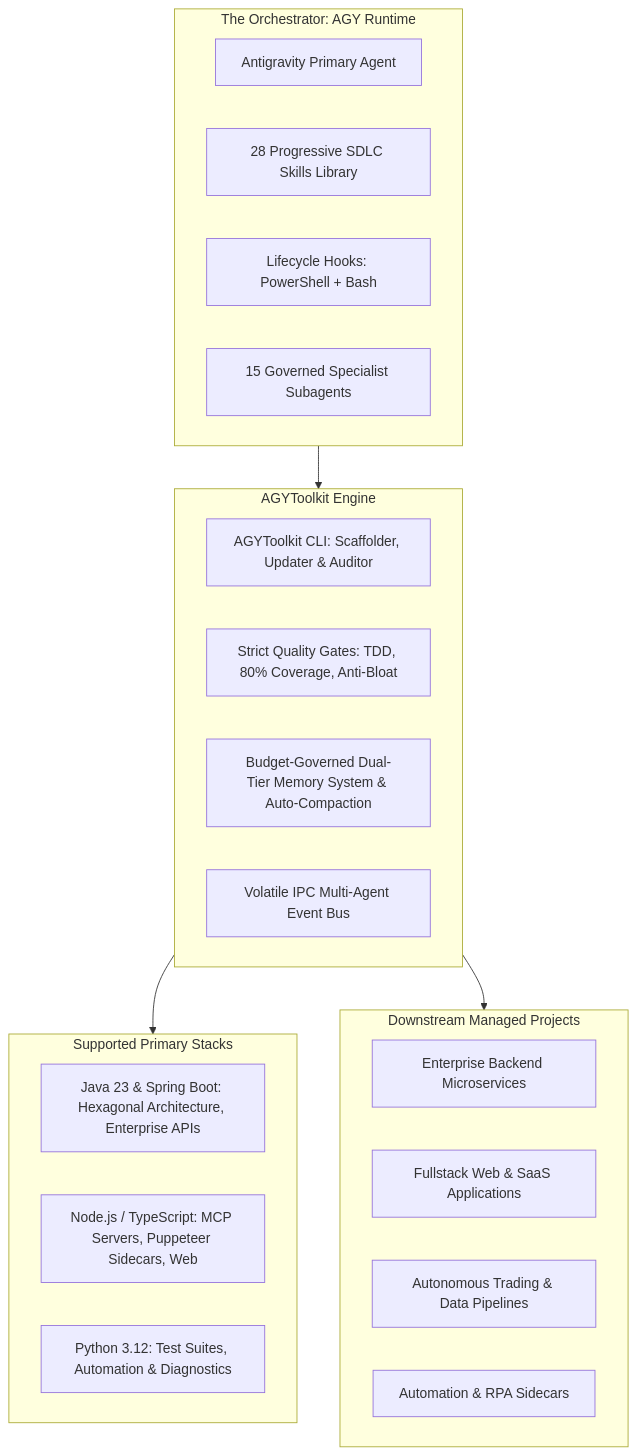
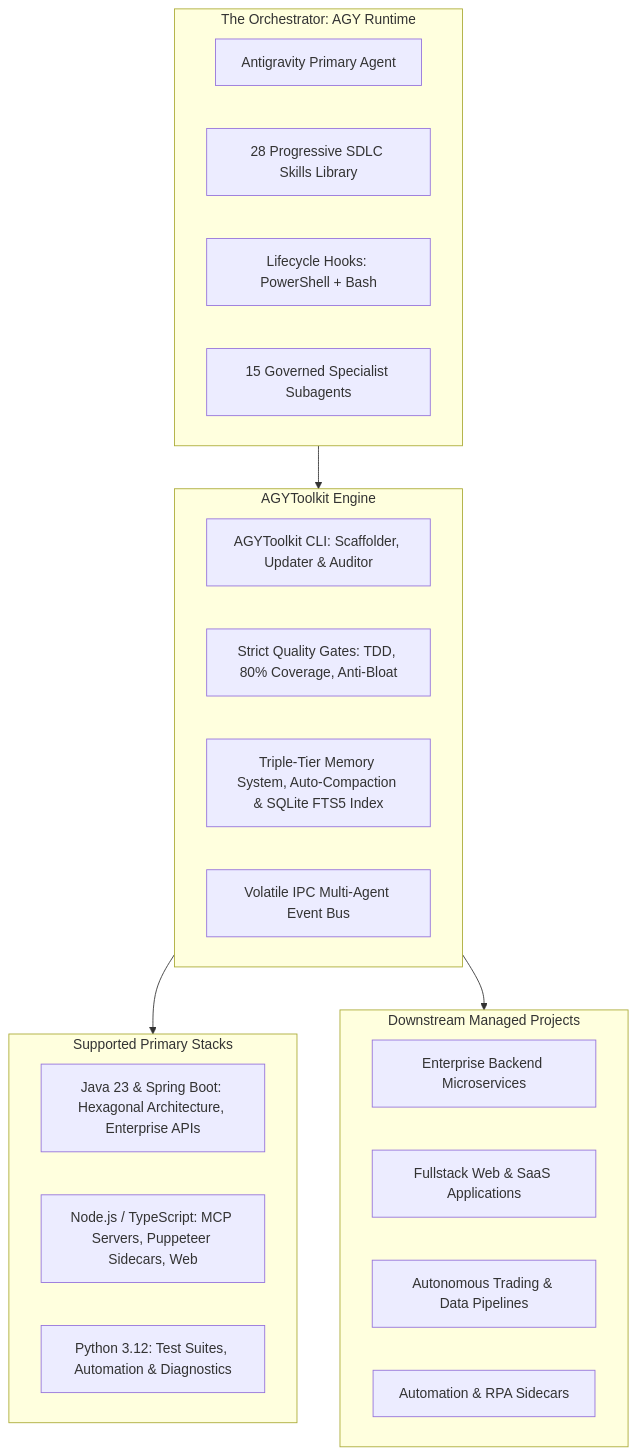
The diagram in README.md (OneEyedDragon1102/AGYToolkit), drawn with Mermaid before and after one commit. The commit also changed other lines of this file and 11 other files, not shown here.

Commit message:
feat(memory): add triple-tier memory with sqlite fts5 long-term knowledge index

````diff
--- a/README.md
+++ b/README.md
@@ -11,33 +11,33 @@
 ```mermaid
 flowchart TD
     subgraph Mind [The Orchestrator: AGY Runtime]
         Agent[Antigravity Primary Agent]
         Skills[28 Progressive SDLC Skills Library]
         Hooks[Lifecycle Hooks: PowerShell + Bash]
         Swarm[15 Governed Specialist Subagents]
     end
 
     subgraph FrameworkCore [AGYToolkit Engine]
         CLI[AGYToolkit CLI: Scaffolder, Updater & Auditor]
         Gates[Strict Quality Gates: TDD, 80% Coverage, Anti-Bloat]
-        Memory[Budget-Governed Dual-Tier Memory System & Auto-Compaction]
+        Memory[Triple-Tier Memory System, Auto-Compaction & SQLite FTS5 Index]
         Bus[Volatile IPC Multi-Agent Event Bus]
     end
 
     subgraph TechStacks [Supported Primary Stacks]
         JavaStack[Java 23 & Spring Boot: Hexagonal Architecture, Enterprise APIs]
         NodeStack[Node.js / TypeScript: MCP Servers, Puppeteer Sidecars, Web]
         PyStack[Python 3.12: Test Suites, Automation & Diagnostics]
     end
 
     subgraph TargetRepos [Downstream Managed Projects]
         R1[Enterprise Backend Microservices]
         R2[Fullstack Web & SaaS Applications]
         R3[Autonomous Trading & Data Pipelines]
         R4[Automation & RPA Sidecars]
     end
 
     Mind --> FrameworkCore
     FrameworkCore --> TechStacks
     FrameworkCore --> TargetRepos
 ```
````
